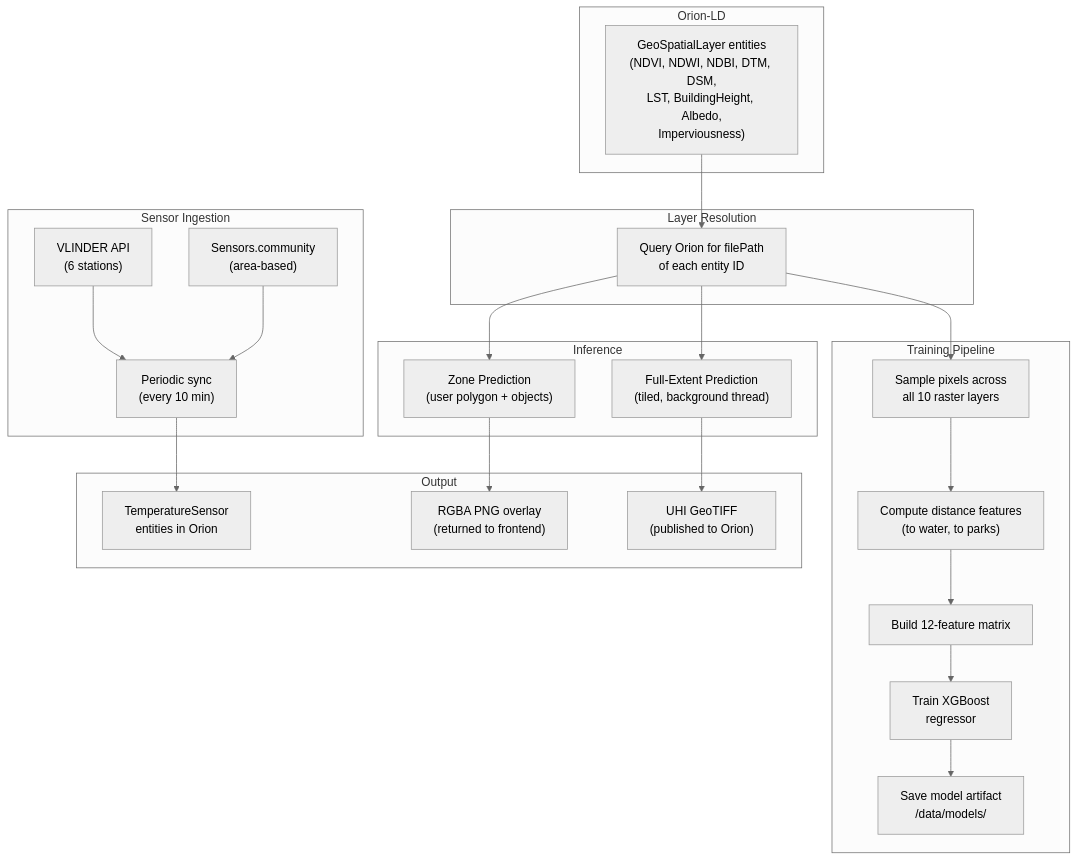
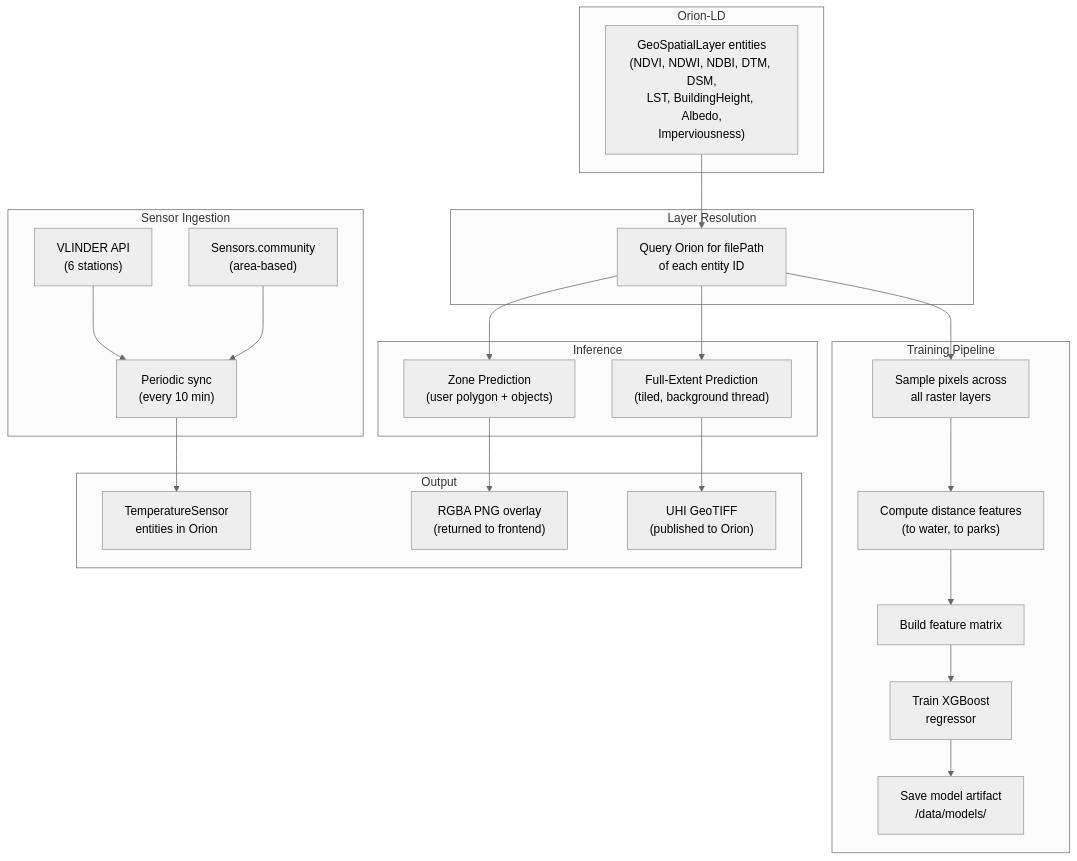
One commit to TsukaOne/uhi-fiware-poc changed the first of 2 diagrams in services/prediction/README.md. Above: the diagram before and after it, drawn with Mermaid (neutral theme). The commit also changed other lines of this file and 6 other files, not shown here.

````diff
--- a/services/prediction/README.md
+++ b/services/prediction/README.md
@@ -9,41 +9,41 @@
 ```mermaid
 flowchart TB
     subgraph "Orion-LD"
         ENTITIES["GeoSpatialLayer entities<br/>(NDVI, NDWI, NDBI, DTM, DSM,<br/>LST, BuildingHeight, Albedo,<br/>Imperviousness)"]
     end
 
     subgraph "Layer Resolution"
         RES["Query Orion for filePath<br/>of each entity ID"]
     end
 
     subgraph "Training Pipeline"
-        SAMPLE["Sample pixels across<br/>all 10 raster layers"]
+        SAMPLE["Sample pixels across<br/>all raster layers"]
         DIST["Compute distance features<br/>(to water, to parks)"]
-        FEAT["Build 12-feature matrix"]
+        FEAT["Build feature matrix"]
         XGB_TRAIN["Train XGBoost<br/>regressor"]
         MODEL["Save model artifact<br/>/data/models/"]
     end
 
     subgraph "Inference"
         FULL["Full-Extent Prediction<br/>(tiled, background thread)"]
         ZONE["Zone Prediction<br/>(user polygon + objects)"]
     end
 
     subgraph "Sensor Ingestion"
         VL["VLINDER API<br/>(6 stations)"]
         SC["Sensors.community<br/>(area-based)"]
         SYNC["Periodic sync<br/>(every 10 min)"]
     end
 
     subgraph "Output"
         COG["UHI GeoTIFF<br/>(published to Orion)"]
         PNG["RGBA PNG overlay<br/>(returned to frontend)"]
         SENSORS["TemperatureSensor<br/>entities in Orion"]
     end
 
     ENTITIES --> RES
     RES --> SAMPLE --> DIST --> FEAT --> XGB_TRAIN --> MODEL
     RES --> FULL --> COG
     RES --> ZONE --> PNG
     VL & SC --> SYNC --> SENSORS
 ```
````
